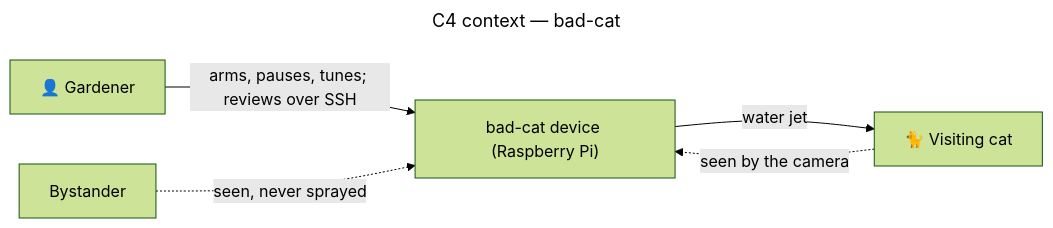
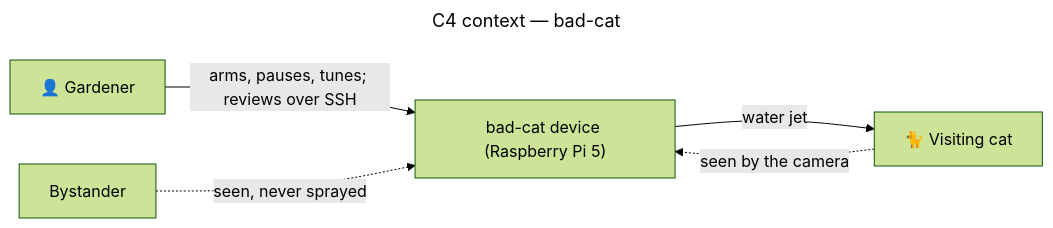
Before and after one commit to StudioB22/bad-cat: the diagram in docs/architecture/README.md, drawn with Mermaid (forest theme). The commit also changed other lines of this file and 8 other files, not shown here.

First line of the commit message:
docs(architecture): model hardware deployment in UML (#6)

````diff
--- a/docs/architecture/README.md
+++ b/docs/architecture/README.md
@@ -17,10 +17,10 @@
 ```mermaid
 ---
 title: C4 context — bad-cat
 ---
 flowchart LR
-  Gardener["👤 Gardener"] -->|"arms, pauses, tunes; reviews over SSH"| Device["bad-cat device (Raspberry Pi)"]
+  Gardener["👤 Gardener"] -->|"arms, pauses, tunes; reviews over SSH"| Device["bad-cat device (Raspberry Pi 5)"]
   Cat["🐈 Visiting cat"] -.->|"seen by the camera"| Device
   Device -->|"water jet"| Cat
   Bystander["Bystander"] -.->|"seen, never sprayed"| Device
 ```
````
